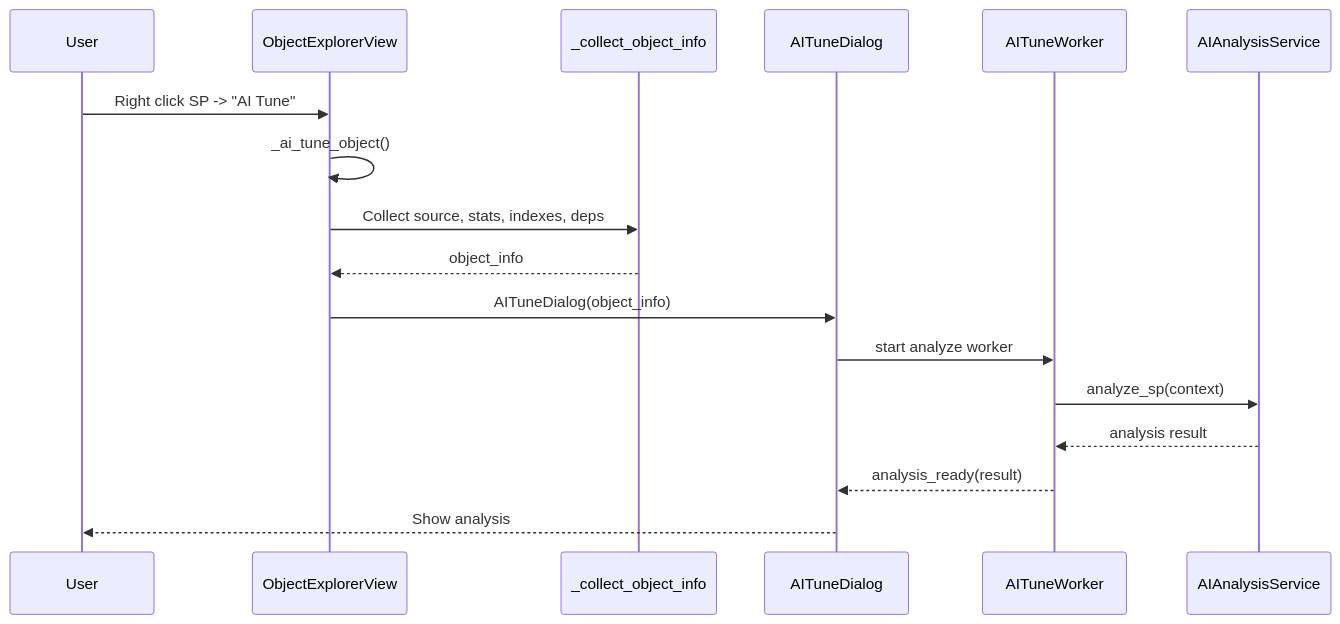
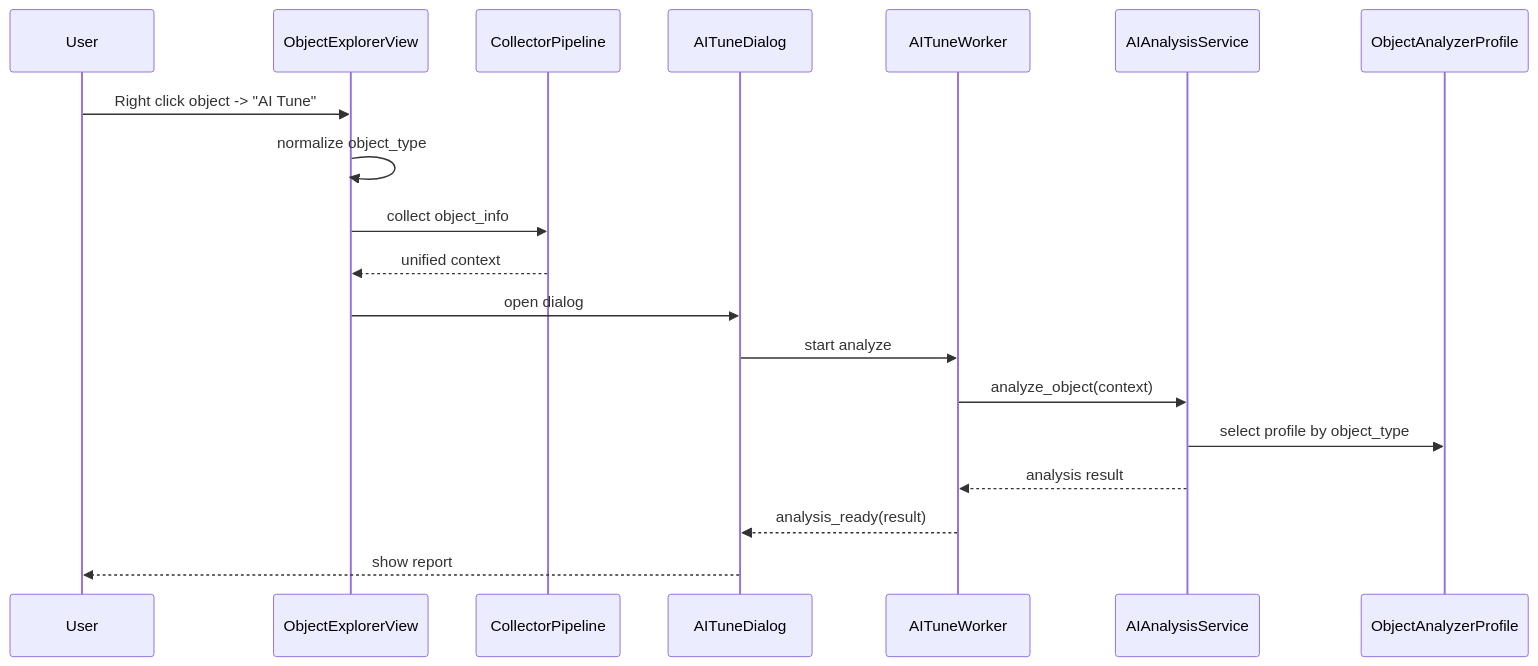
The diagram in README.md (erdalcakiroglu/SpStudioPro-v2), drawn with Mermaid before and after one commit. The commit also changed other lines of this file and 1 other file, not shown here.

````diff
--- a/README.md
+++ b/README.md
@@ -36,20 +36,22 @@
 ```mermaid
 sequenceDiagram
   participant U as User
   participant OE as ObjectExplorerView
-  participant COL as _collect_object_info
+  participant COL as CollectorPipeline
   participant AID as AITuneDialog
   participant W as AITuneWorker
   participant AI as AIAnalysisService
+  participant OA as ObjectAnalyzerProfile
 
-  U->>OE: Right click SP -> "AI Tune"
-  OE->>OE: _ai_tune_object()
-  OE->>COL: Collect source, stats, indexes, deps
-  COL-->>OE: object_info
-  OE->>AID: AITuneDialog(object_info)
-  AID->>W: start analyze worker
-  W->>AI: analyze_sp(context)
+  U->>OE: Right click object -> "AI Tune"
+  OE->>OE: normalize object_type
+  OE->>COL: collect object_info
+  COL-->>OE: unified context
+  OE->>AID: open dialog
+  AID->>W: start analyze
+  W->>AI: analyze_object(context)
+  AI->>OA: select profile by object_type
   AI-->>W: analysis result
   W-->>AID: analysis_ready(result)
-  AID-->>U: Show analysis
+  AID-->>U: show report
 ```
````
